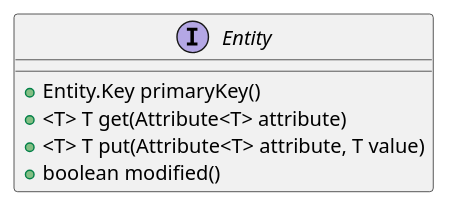
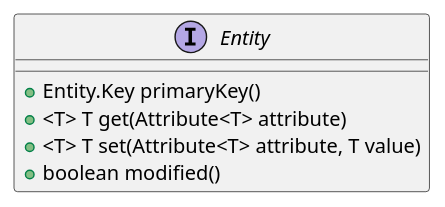
Before and after one commit to codion-is/codion: the second of 2 diagrams in documentation/src/docs/asciidoc/manual/framework-domain-model.adoc, drawn with PlantUML. The commit also changed other lines of this file and 50 other files, not shown here.

Commit message:
Entity.put() renamed set()

```diff
--- a/documentation/src/docs/asciidoc/manual/framework-domain-model.adoc
+++ b/documentation/src/docs/asciidoc/manual/framework-domain-model.adoc
@@ -60,10 +60,10 @@
 [plantuml,entity-diagram,svg,align=center]
 -------------------------------------------
 
 interface Entity {
     +Entity.Key primaryKey()
     +<T> T get(Attribute<T> attribute)
-    +<T> T put(Attribute<T> attribute, T value)
+    +<T> T set(Attribute<T> attribute, T value)
     +boolean modified()
 }
 -------------------------------------------
```
